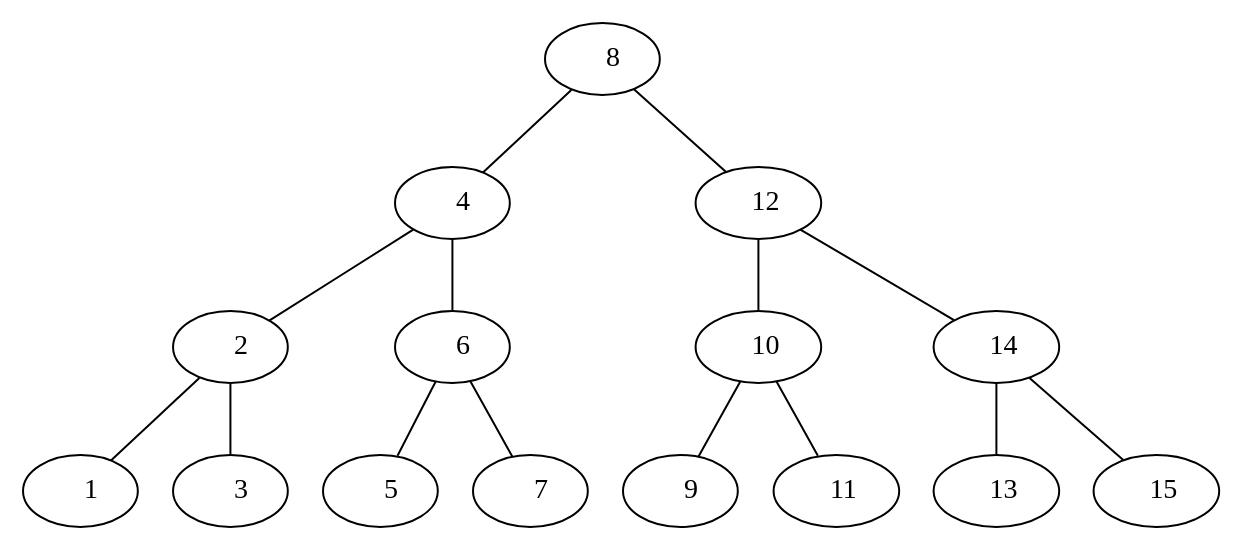
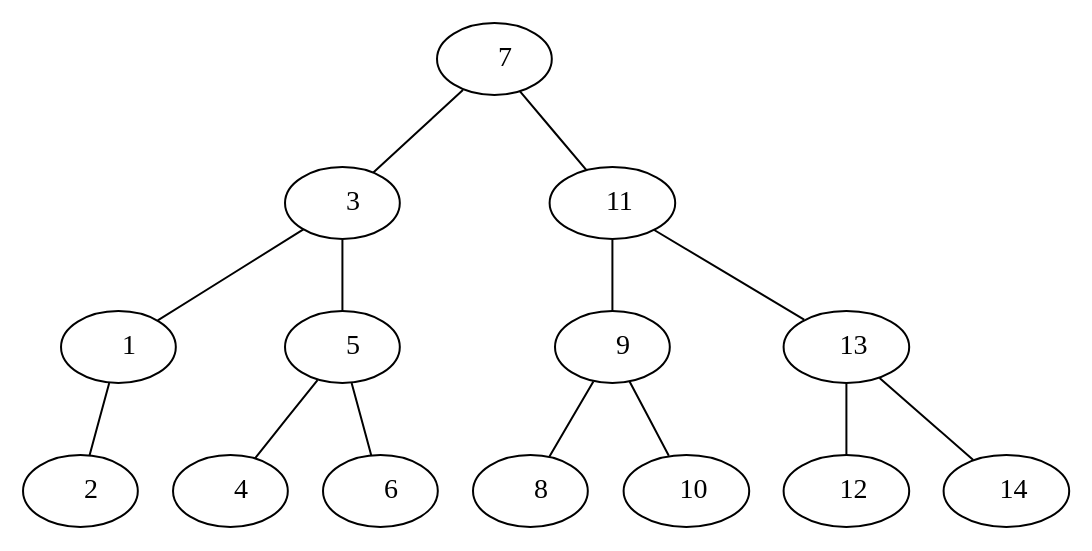
One commit to Serrano18/EDD_PROYECTO_202201989 changed the diagram in fase3/img/avl_branches.dot. Above: the diagram before and after it, drawn with Graphviz. The commit also changed 12 other files, not shown here.

```diff
--- a/fase3/img/avl_branches.dot
+++ b/fase3/img/avl_branches.dot
@@ -1,31 +1,29 @@
 graph AVL_Branches {
+     1 [label="    7"];
+     1 --     9;
+     1 --     7;
+     9 [label="    3"];
+     9 --     3;
+     9 --     4;
+     3 [label="    1"];
+     3 --    12;
+    12 [label="    2"];
+     4 [label="    5"];
+     4 --    14;
+     4 --    10;
+    14 [label="    4"];
+    10 [label="    6"];
+     7 [label="   11"];
+     7 --     6;
+     7 --    13;
+     6 [label="    9"];
+     6 --     8;
+     6 --    11;
      8 [label="    8"];
-     8 --     4;
-     8 --    12;
-     4 [label="    4"];
-     4 --     2;
-     4 --     6;
-     2 [label="    2"];
-     2 --     1;
-     2 --     3;
-     1 [label="    1"];
-     3 [label="    3"];
-     6 [label="    6"];
-     6 --     5;
-     6 --     7;
-     5 [label="    5"];
-     7 [label="    7"];
-    12 [label="   12"];
-    12 --    10;
-    12 --    14;
-    10 [label="   10"];
-    10 --     9;
-    10 --    11;
-     9 [label="    9"];
-    11 [label="   11"];
-    14 [label="   14"];
-    14 --    13;
-    14 --    15;
+    11 [label="   10"];
     13 [label="   13"];
-    15 [label="   15"];
+    13 --     5;
+    13 --     2;
+     5 [label="   12"];
+     2 [label="   14"];
 }
```
